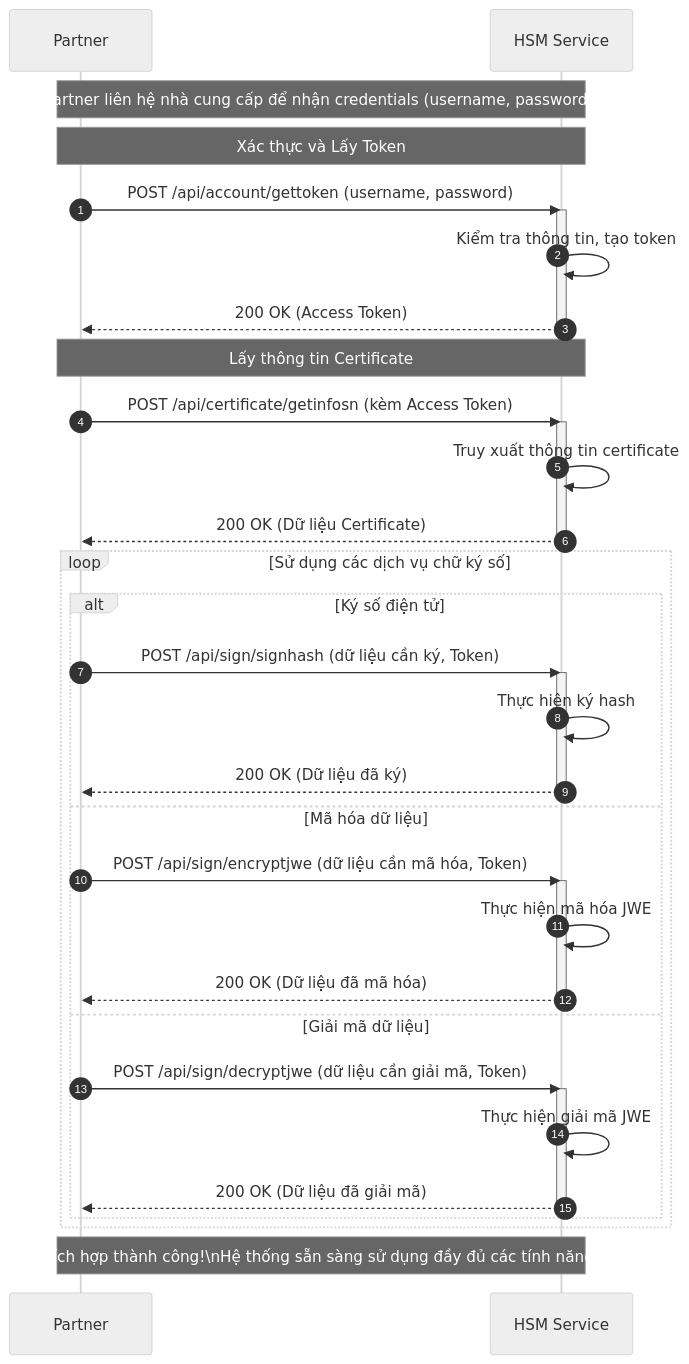
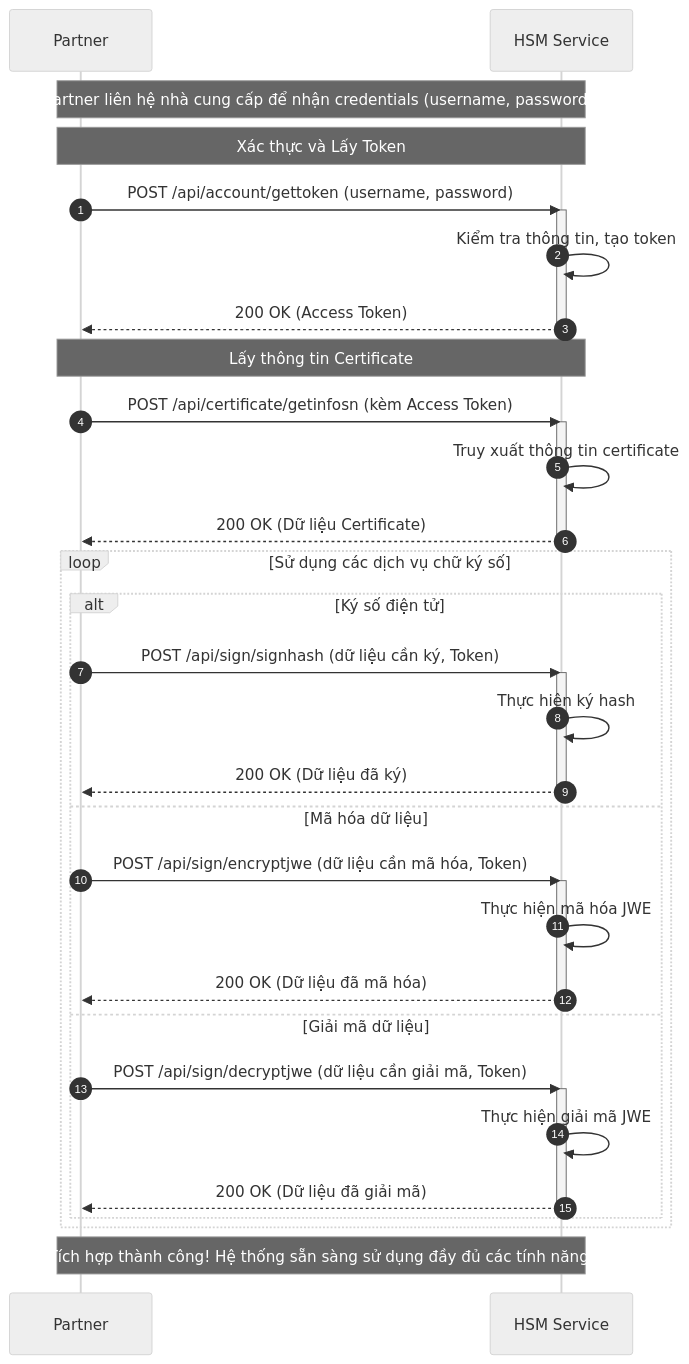
One commit to minhthinh06695/api-doc changed the diagram in hsm/intro.md. Above: the diagram before and after it, drawn with Mermaid (neutral theme). The commit also changed 11 other files, not shown here.

````diff
--- a/hsm/intro.md
+++ b/hsm/intro.md
@@ -21,50 +21,50 @@
 ```mermaid
 sequenceDiagram
     autonumber
     participant Partner
     participant Application as HSM Service
 
     %% Buoc 1: Dang ky thu cong
     Note over Partner,Application: Partner liên hệ nhà cung cấp để nhận credentials (username, password).
 
     %% Buoc 2: Xac thuc va lay Access Token
     Note over Partner,Application: Xác thực và Lấy Token
     Partner->>Application: POST /api/account/gettoken (username, password)
     activate Application
     Application->>Application: Kiểm tra thông tin, tạo token
     Application-->>Partner: 200 OK (Access Token)
     deactivate Application
 
     %% Buoc 3: Lay thong tin Certificate
     Note over Partner,Application: Lấy thông tin Certificate
     Partner->>Application: POST /api/certificate/getinfosn (kèm Access Token)
     activate Application
     Application->>Application: Truy xuất thông tin certificate
     Application-->>Partner: 200 OK (Dữ liệu Certificate)
     deactivate Application
 
     %% Buoc 4: Su dung cac dich vu HSM
     loop Sử dụng các dịch vụ chữ ký số
         alt Ký số điện tử
             Partner->>Application: POST /api/sign/signhash (dữ liệu cần ký, Token)
             activate Application
             Application->>Application: Thực hiện ký hash
             Application-->>Partner: 200 OK (Dữ liệu đã ký)
             deactivate Application
         else Mã hóa dữ liệu
             Partner->>Application: POST /api/sign/encryptjwe (dữ liệu cần mã hóa, Token)
             activate Application
             Application->>Application: Thực hiện mã hóa JWE
             Application-->>Partner: 200 OK (Dữ liệu đã mã hóa)
             deactivate Application
         else Giải mã dữ liệu
             Partner->>Application: POST /api/sign/decryptjwe (dữ liệu cần giải mã, Token)
             activate Application
             Application->>Application: Thực hiện giải mã JWE
             Application-->>Partner: 200 OK (Dữ liệu đã giải mã)
             deactivate Application
         end
     end
 
-    Note over Partner,Application: Tích hợp thành công!\nHệ thống sẵn sàng sử dụng đầy đủ các tính năng.
+    Note over Partner,Application: Tích hợp thành công! Hệ thống sẵn sàng sử dụng đầy đủ các tính năng.
 ```
````
